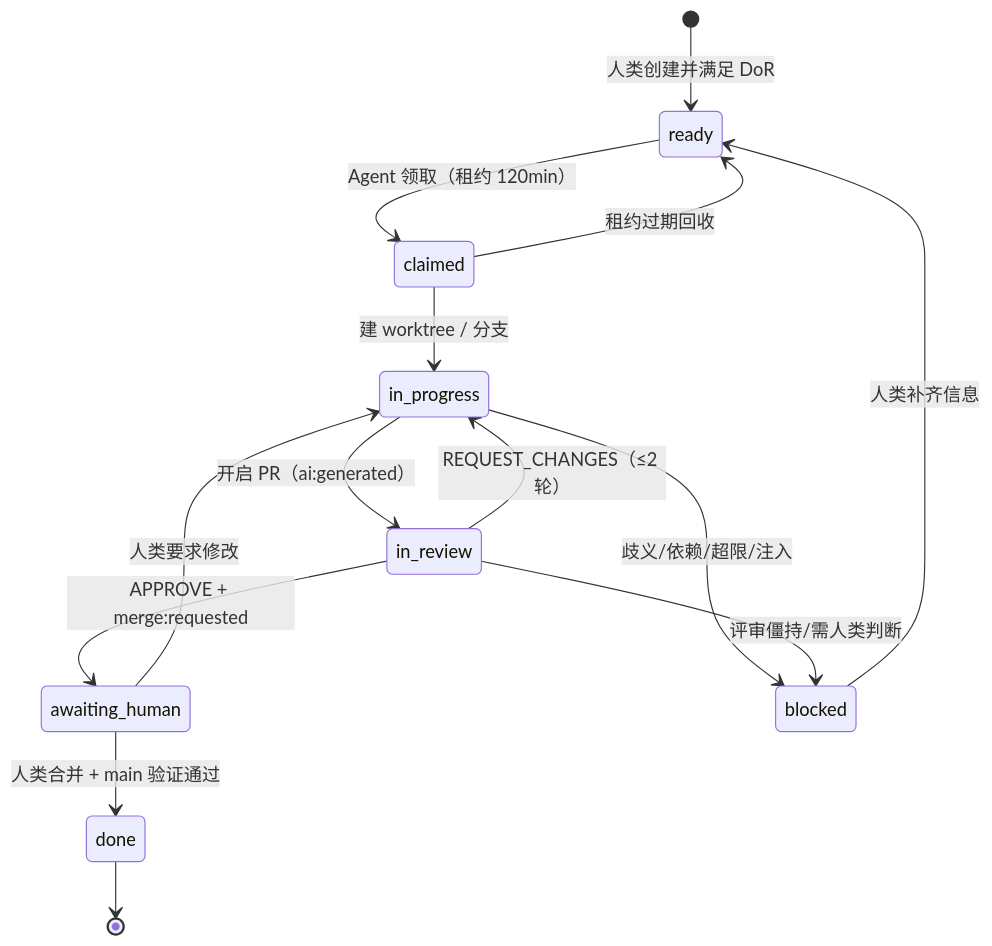
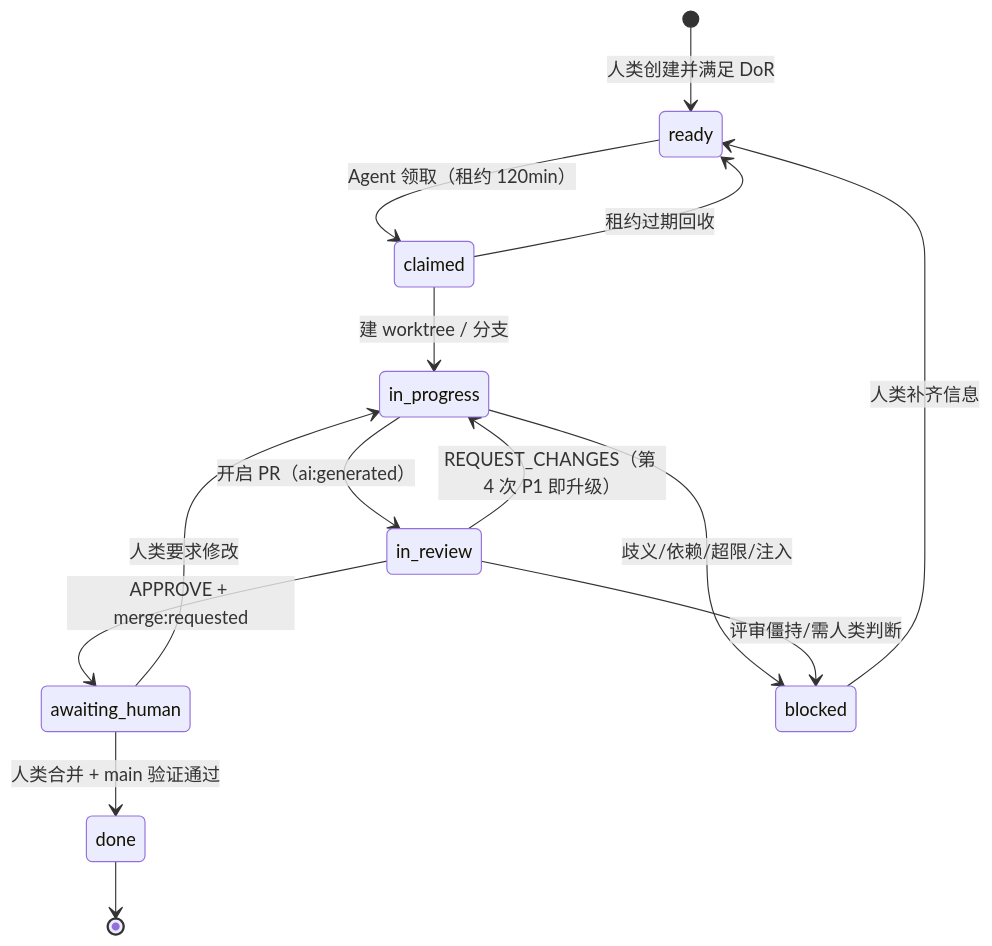
One commit to zyc666jdi/MarketUS-iOS changed the first of 2 diagrams in docs/agent-workflow.md. Above: the diagram before and after it, drawn with Mermaid. The commit also changed other lines of this file and 8 other files, not shown here.

````diff
--- a/docs/agent-workflow.md
+++ b/docs/agent-workflow.md
@@ -41,16 +41,16 @@
 ```mermaid
 stateDiagram-v2
     [*] --> ready: 人类创建并满足 DoR
     ready --> claimed: Agent 领取（租约 120min）
     claimed --> in_progress: 建 worktree / 分支
     in_progress --> in_review: 开启 PR（ai:generated）
-    in_review --> in_progress: REQUEST_CHANGES（≤2 轮）
+    in_review --> in_progress: REQUEST_CHANGES（第 4 次 P1 即升级）
     in_review --> awaiting_human: APPROVE + merge:requested
     awaiting_human --> done: 人类合并 + main 验证通过
     in_progress --> blocked: 歧义/依赖/超限/注入
     in_review --> blocked: 评审僵持/需人类判断
     claimed --> ready: 租约过期回收
     blocked --> ready: 人类补齐信息
     awaiting_human --> in_progress: 人类要求修改
     done --> [*]
 ```
````
